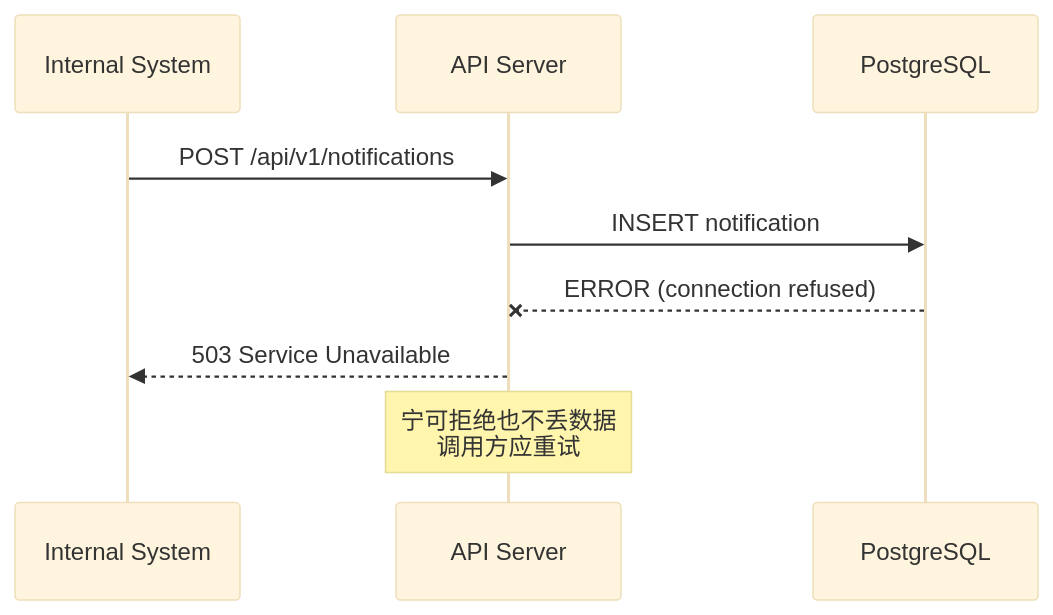
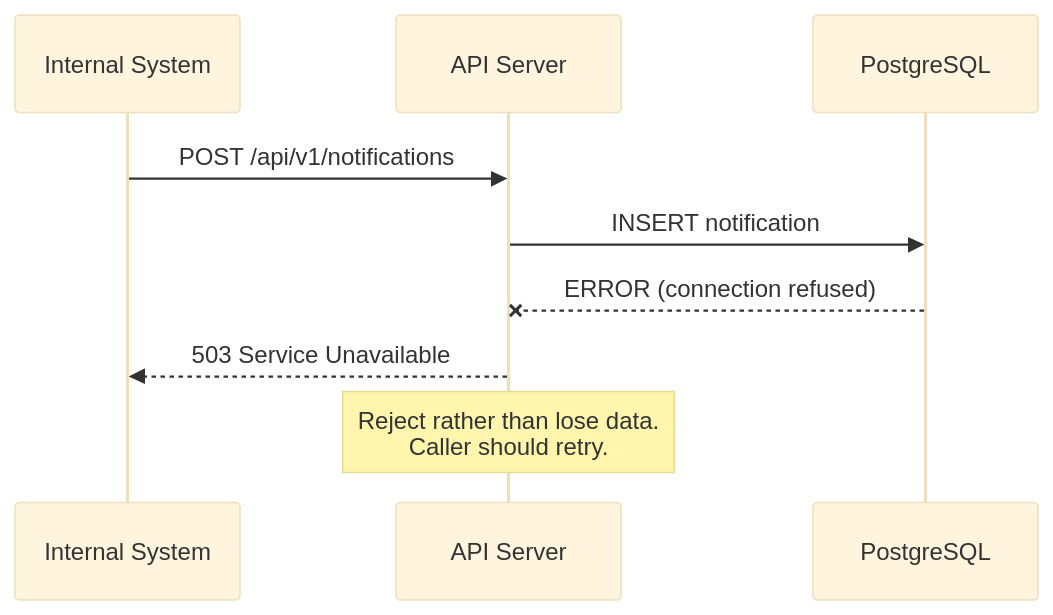
The sixth of 8 diagrams in design.md (Alex200411/notify-service), drawn with Mermaid (base theme) before and after one commit. The commit also changed other lines of this file, not shown here.

````diff
--- a/design.md
+++ b/design.md
@@ -143,12 +143,12 @@
 ```mermaid
 sequenceDiagram
     participant Caller as Internal System
     participant API as API Server
     participant DB as PostgreSQL
 
     Caller->>API: POST /api/v1/notifications
     API->>DB: INSERT notification
     DB--xAPI: ERROR (connection refused)
     API-->>Caller: 503 Service Unavailable
-    Note over API: 宁可拒绝也不丢数据<br/>调用方应重试
+    Note over API: Reject rather than lose data.<br/>Caller should retry.
 ```
````
